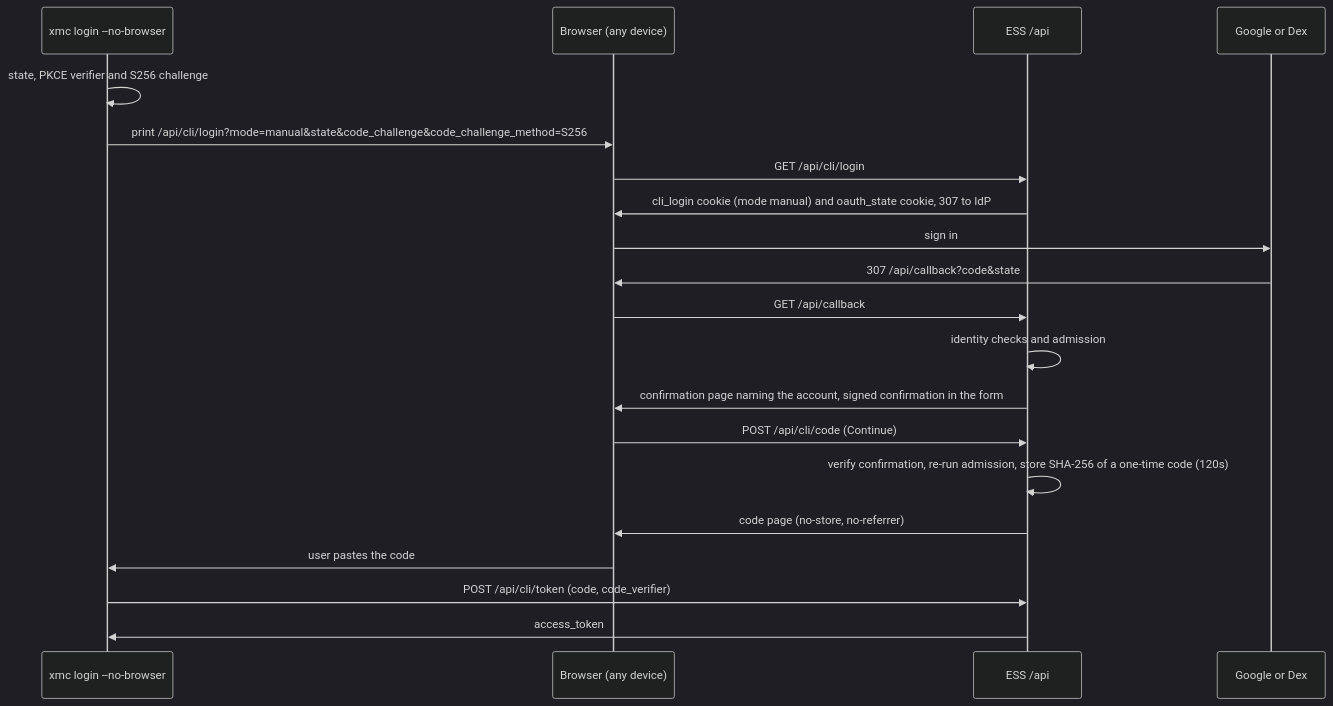
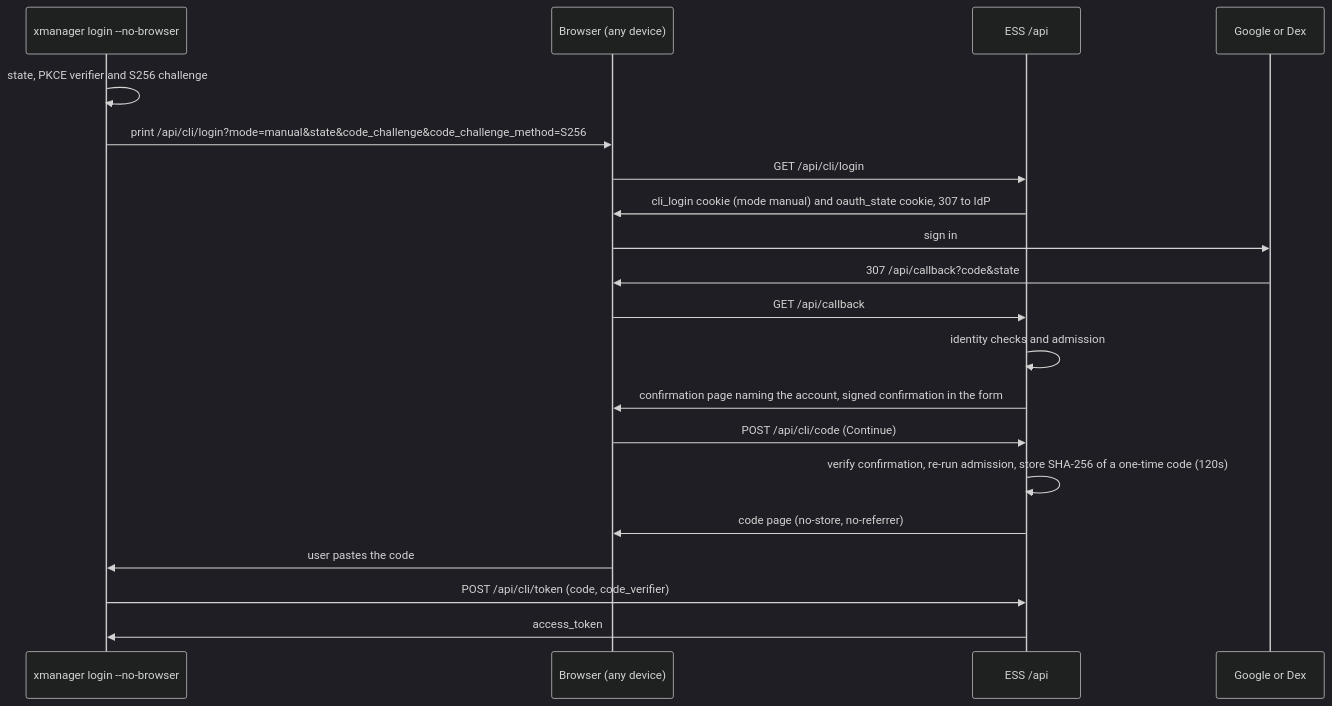
One commit to google/xmc changed the third of 3 diagrams in docs/design/gateway.md. Above: the diagram before and after it, drawn with Mermaid (dark theme). The commit also changed other lines of this file and 2 other files, not shown here.

Commit message:
docs(auth): update manual login pages and docs to xmanager login --no-browser

````diff
--- a/docs/design/gateway.md
+++ b/docs/design/gateway.md
@@ -178,22 +178,22 @@
 ```mermaid
 sequenceDiagram
-    participant CLI as xmc login --no-browser
+    participant CLI as xmanager login --no-browser
     participant B as Browser (any device)
     participant ESS as ESS /api
     participant IdP as Google or Dex
     CLI->>CLI: state, PKCE verifier and S256 challenge
     CLI->>B: print /api/cli/login?mode=manual&state&code_challenge&code_challenge_method=S256
     B->>ESS: GET /api/cli/login
     ESS->>B: cli_login cookie (mode manual) and oauth_state cookie, 307 to IdP
     B->>IdP: sign in
     IdP->>B: 307 /api/callback?code&state
     B->>ESS: GET /api/callback
     ESS->>ESS: identity checks and admission
     ESS->>B: confirmation page naming the account, signed confirmation in the form
     B->>ESS: POST /api/cli/code (Continue)
     ESS->>ESS: verify confirmation, re-run admission, store SHA-256 of a one-time code (120s)
     ESS->>B: code page (no-store, no-referrer)
     B->>CLI: user pastes the code
     CLI->>ESS: POST /api/cli/token (code, code_verifier)
     ESS->>CLI: access_token
 ```
````
